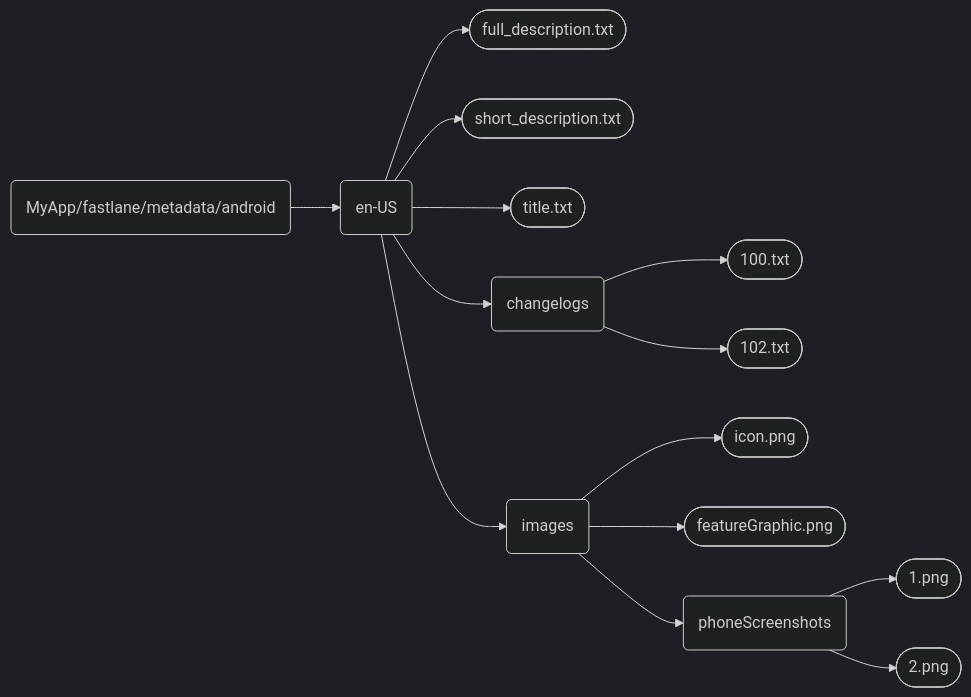
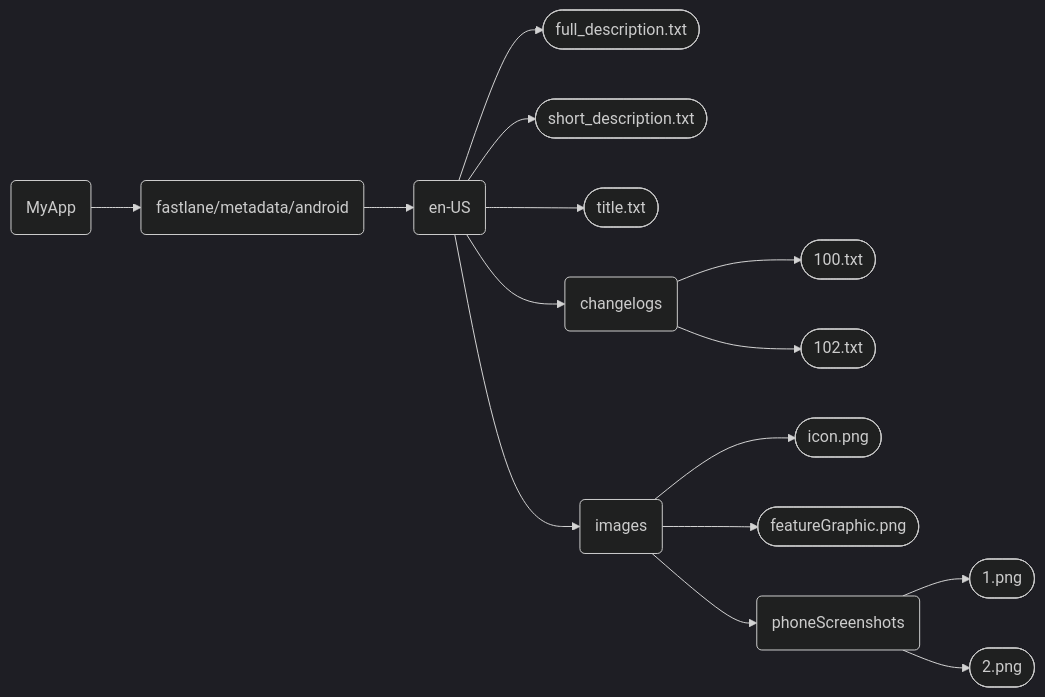
Before and after one commit to StellarSand/F-Droid-Submit-Guide: the sixth of 11 diagrams in README.md, drawn with Mermaid (dark theme). The commit also changed other lines of this file, not shown here.

````diff
--- a/README.md
+++ b/README.md
@@ -38,16 +68,17 @@
 ```mermaid
 flowchart LR
-    A(MyApp/fastlane/metadata/android) --> B(en-US)
-    B --> C([full_description.txt])
-    B --> D([short_description.txt])
-    B --> E([title.txt])
-    B --> F(changelogs)
-    B --> G(images)
-    F --> H([100.txt])
-    F --> I([102.txt])
-    G --> J([icon.png])
-    G --> K([featureGraphic.png])
-    G --> L(phoneScreenshots)
-    L --> M([1.png])
-    L --> N([2.png])
+    A(MyApp) --> B(fastlane/metadata/android)
+    B --> C(en-US)
+    C --> D([full_description.txt])
+    C --> E([short_description.txt])
+    C --> F([title.txt])
+    C --> G(changelogs)
+    C --> H(images)
+    G --> I([100.txt])
+    G --> J([102.txt])
+    H --> K([icon.png])
+    H --> L([featureGraphic.png])
+    H --> M(phoneScreenshots)
+    M --> N([1.png])
+    M --> O([2.png])
 ```
````
